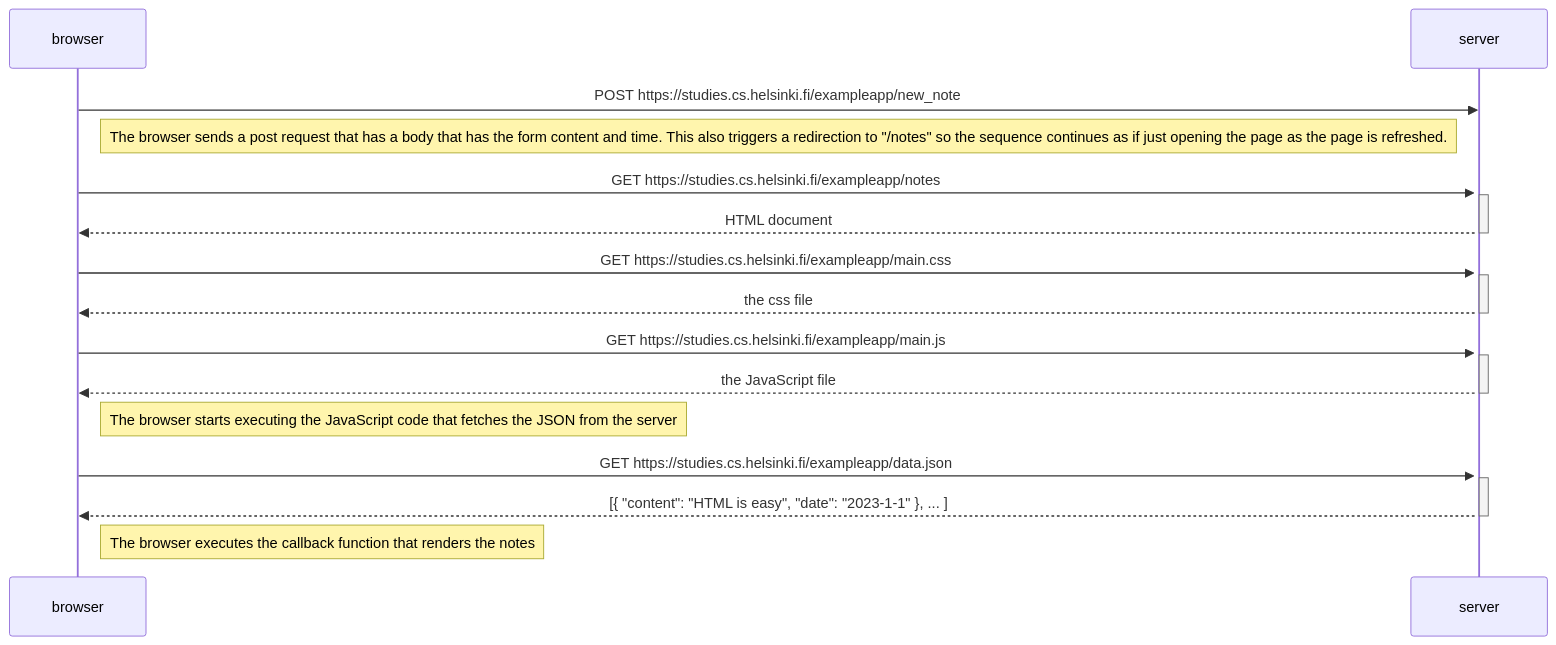
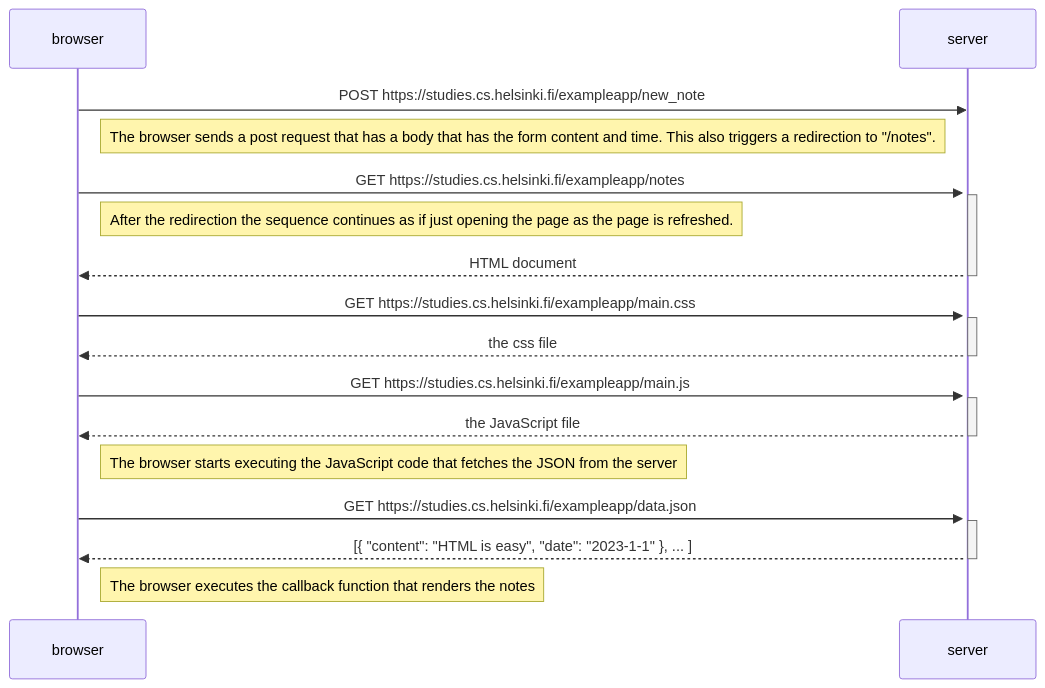
Before and after one commit to jjuliaval/fullstackopen: the diagram in osa 0/0.4 sekvenssikaavio.md, drawn with Mermaid.

Commit message:
edited diagram comments

````diff
--- a/osa 0/0.4 sekvenssikaavio.md
+++ b/osa 0/0.4 sekvenssikaavio.md
@@ -1,34 +1,36 @@
 ```mermaid
     sequenceDiagram
         participant browser
         participant server
         
         browser->>server: POST https://studies.cs.helsinki.fi/exampleapp/new_note 
         activate server
 
-        Note right of browser: The browser sends a post request that has a body that has the form content and time. This also triggers a redirection to "/notes" so the sequence continues as if just opening the page as the page is refreshed.
+        Note right of browser: The browser sends a post request that has a body that has the form content and time. This also triggers a redirection to "/notes".
 
         browser->>server: GET https://studies.cs.helsinki.fi/exampleapp/notes
         activate server
+
+        Note right of browser: After the redirection the sequence continues as if just opening the page as the page is refreshed.
 
         server-->>browser: HTML document
         deactivate server
         
         browser->>server: GET https://studies.cs.helsinki.fi/exampleapp/main.css
         activate server
         server-->>browser: the css file
         deactivate server
         
         browser->>server: GET https://studies.cs.helsinki.fi/exampleapp/main.js
         activate server
         server-->>browser: the JavaScript file
         deactivate server
         
         Note right of browser: The browser starts executing the JavaScript code that fetches the JSON from the server
         
         browser->>server: GET https://studies.cs.helsinki.fi/exampleapp/data.json
         activate server
         server-->>browser: [{ "content": "HTML is easy", "date": "2023-1-1" }, ... ]
         deactivate server    
         Note right of browser: The browser executes the callback function that renders the notes 
 ```
````
